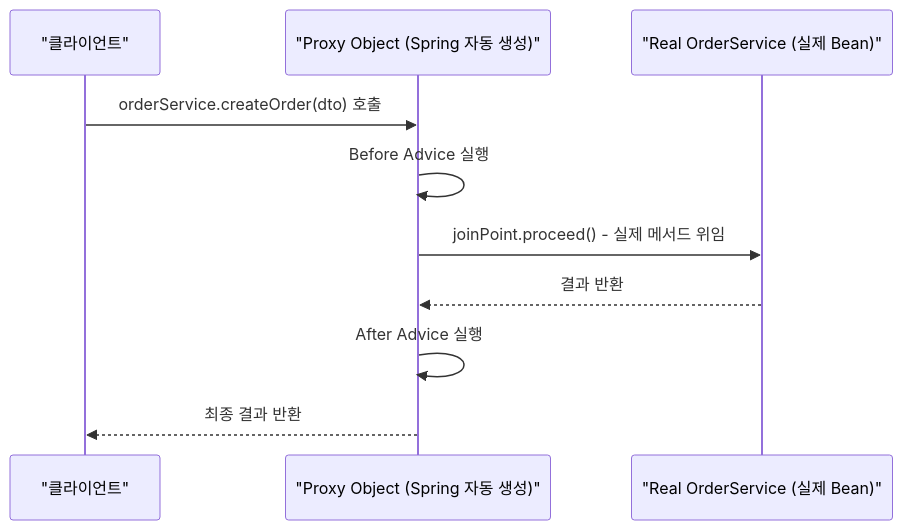
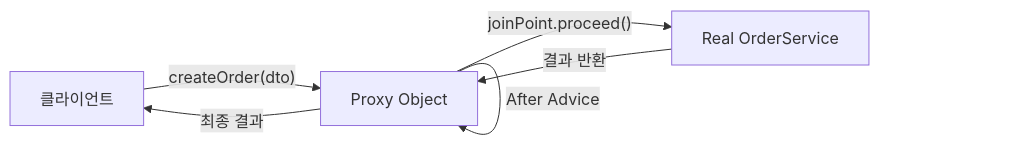
One commit to yjkim2015/yjkim2015.github.io changed the first of 5 diagrams in _posts/spring/2026-05-01-spring-aop.md. Above: the diagram before and after it, drawn with Mermaid. The commit also changed 32 other files, not shown here.

First line of the commit message:
sequenceDiagram 82개 → graph LR 변환 완료

````diff
--- a/_posts/spring/2026-05-01-spring-aop.md
+++ b/_posts/spring/2026-05-01-spring-aop.md
@@ -262,12 +262,9 @@
 ```mermaid
-sequenceDiagram
-    participant C as "클라이언트"
-    participant P as "Proxy Object (Spring 자동 생성)"
-    participant R as "Real OrderService (실제 Bean)"
-    C->>P: orderService.createOrder(dto) 호출
-    P->>P: Before Advice 실행
-    P->>R: joinPoint.proceed() - 실제 메서드 위임
-    R-->>P: 결과 반환
-    P->>P: After Advice 실행
-    P-->>C: 최종 결과 반환
+graph LR
+    C["클라이언트"] -->|"createOrder(dto)"| P["Proxy Object"]
+    P -->|"Before Advice"| P
+    P -->|"joinPoint.proceed()"| R["Real OrderService"]
+    R -->|"결과 반환"| P
+    P -->|"After Advice"| P
+    P -->|"최종 결과"| C
 ```
````
